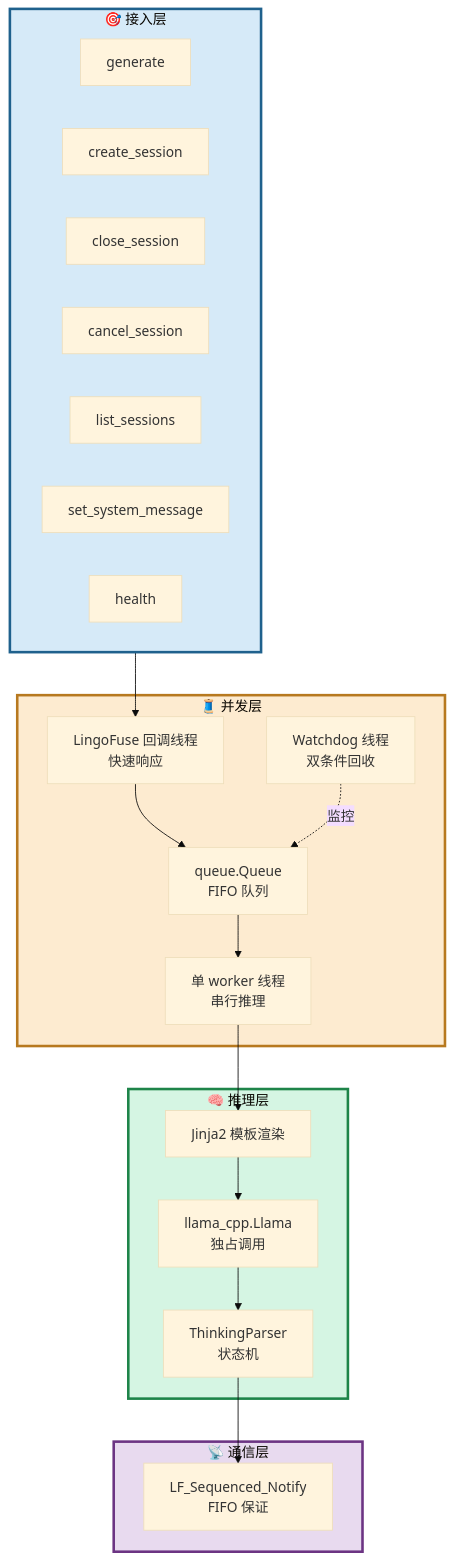
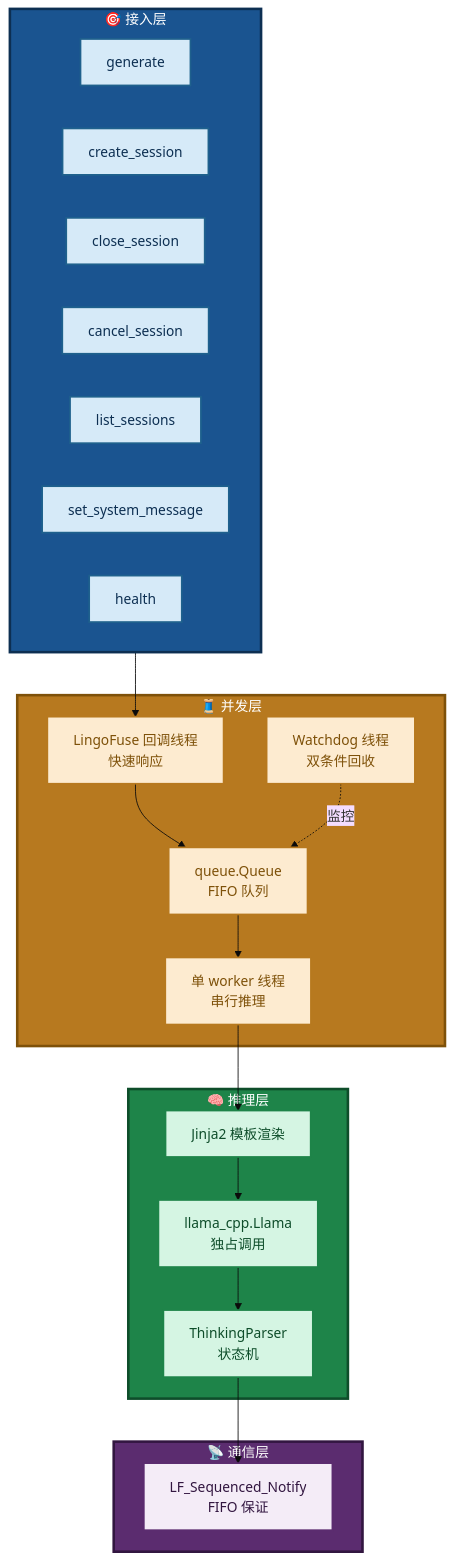
Before and after one commit to PassByYou888/LingoFuse-pasAgent: the eighth of 28 diagrams in src/llm-service/LingoFuse_LLM_Ecosystem_User_Guide.md, drawn with Mermaid (base theme). The commit also changed other lines of this file, not shown here.

````diff
--- a/src/llm-service/LingoFuse_LLM_Ecosystem_User_Guide.md
+++ b/src/llm-service/LingoFuse_LLM_Ecosystem_User_Guide.md
@@ -207,43 +260,58 @@
 ```mermaid
 flowchart TB
     subgraph API["🎯 接入层"]
         A1["generate"]
         A2["create_session"]
         A3["close_session"]
         A4["cancel_session"]
         A5["list_sessions"]
         A6["set_system_message"]
         A7["health"]
     end
 
     subgraph CONC["🧵 并发层"]
         CB["LingoFuse 回调线程<br/>快速响应"]
         Q["queue.Queue<br/>FIFO 队列"]
         W["单 worker 线程<br/>串行推理"]
         WD["Watchdog 线程<br/>双条件回收"]
     end
 
     subgraph INFER["🧠 推理层"]
         TPL["Jinja2 模板渲染"]
         TH["ThinkingParser<br/>状态机"]
         LLM["llama_cpp.Llama<br/>独占调用"]
     end
 
     subgraph COMM["📡 通信层"]
         SEQ["LF_Sequenced_Notify<br/>FIFO 保证"]
     end
 
     API --> CB
     CB --> Q
     Q --> W
     W --> TPL
     TPL --> LLM
     LLM --> TH
     TH --> SEQ
     WD -.->|监控| Q
 
-    style API fill:#D6EAF8,stroke:#1F618D,stroke-width:3px
-    style CONC fill:#FDEBD0,stroke:#B7791F,stroke-width:3px
-    style INFER fill:#D5F5E3,stroke:#1E8449,stroke-width:3px
-    style COMM fill:#E8DAEF,stroke:#6C3483,stroke-width:3px
+    style API fill:#1A5490,stroke:#0D2F52,stroke-width:3px,color:#FFFFFF
+    style CONC fill:#B7791F,stroke:#7E5109,stroke-width:3px,color:#FFFFFF
+    style INFER fill:#1E8449,stroke:#0E4D2A,stroke-width:3px,color:#FFFFFF
+    style COMM fill:#5B2C6F,stroke:#321640,stroke-width:3px,color:#FFFFFF
+    style A1 fill:#D6EAF8,stroke:#1F618D,stroke-width:2px,color:#0D2F52
+    style A2 fill:#D6EAF8,stroke:#1F618D,stroke-width:2px,color:#0D2F52
+    style A3 fill:#D6EAF8,stroke:#1F618D,stroke-width:2px,color:#0D2F52
+    style A4 fill:#D6EAF8,stroke:#1F618D,stroke-width:2px,color:#0D2F52
+    style A5 fill:#D6EAF8,stroke:#1F618D,stroke-width:2px,color:#0D2F52
+    style A6 fill:#D6EAF8,stroke:#1F618D,stroke-width:2px,color:#0D2F52
+    style A7 fill:#D6EAF8,stroke:#1F618D,stroke-width:2px,color:#0D2F52
+    style CB fill:#FDEBD0,stroke:#B7791F,stroke-width:2px,color:#7E5109
+    style Q fill:#FDEBD0,stroke:#B7791F,stroke-width:2px,color:#7E5109
+    style W fill:#FDEBD0,stroke:#B7791F,stroke-width:2px,color:#7E5109
+    style WD fill:#FDEBD0,stroke:#B7791F,stroke-width:2px,color:#7E5109
+    style TPL fill:#D5F5E3,stroke:#1E8449,stroke-width:2px,color:#0E4D2A
+    style TH fill:#D5F5E3,stroke:#1E8449,stroke-width:2px,color:#0E4D2A
+    style LLM fill:#D5F5E3,stroke:#1E8449,stroke-width:2px,color:#0E4D2A
+    style SEQ fill:#F4ECF7,stroke:#5B2C6F,stroke-width:2px,color:#321640
 ```
````
